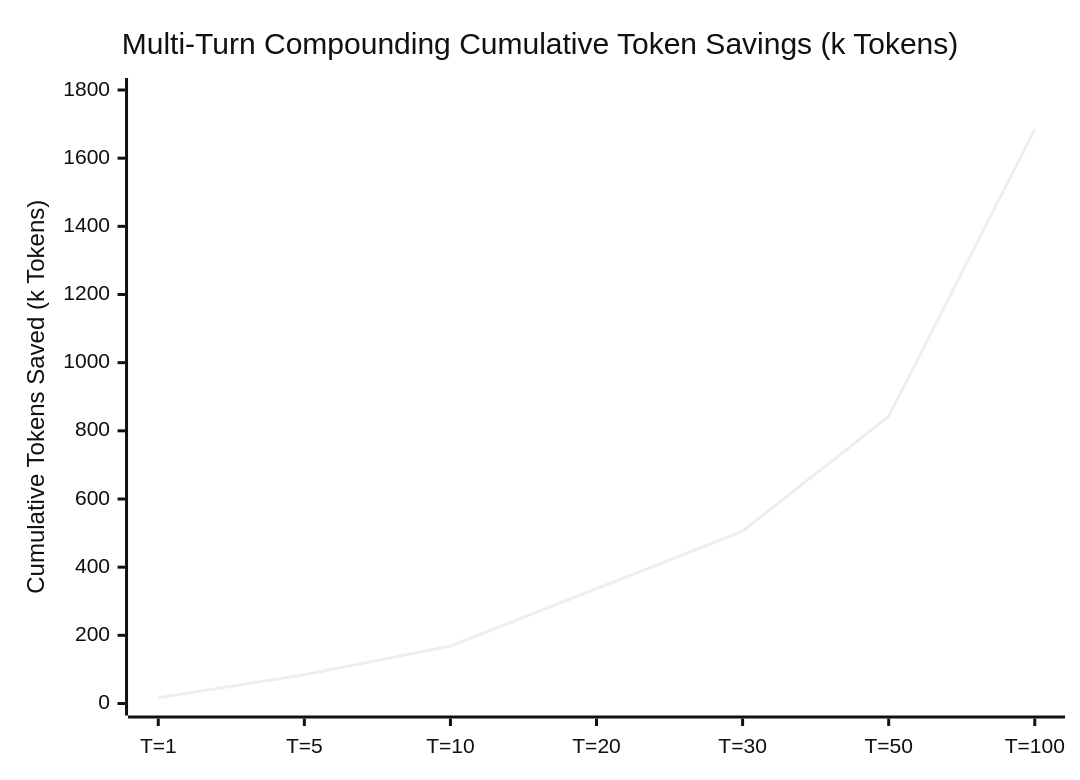
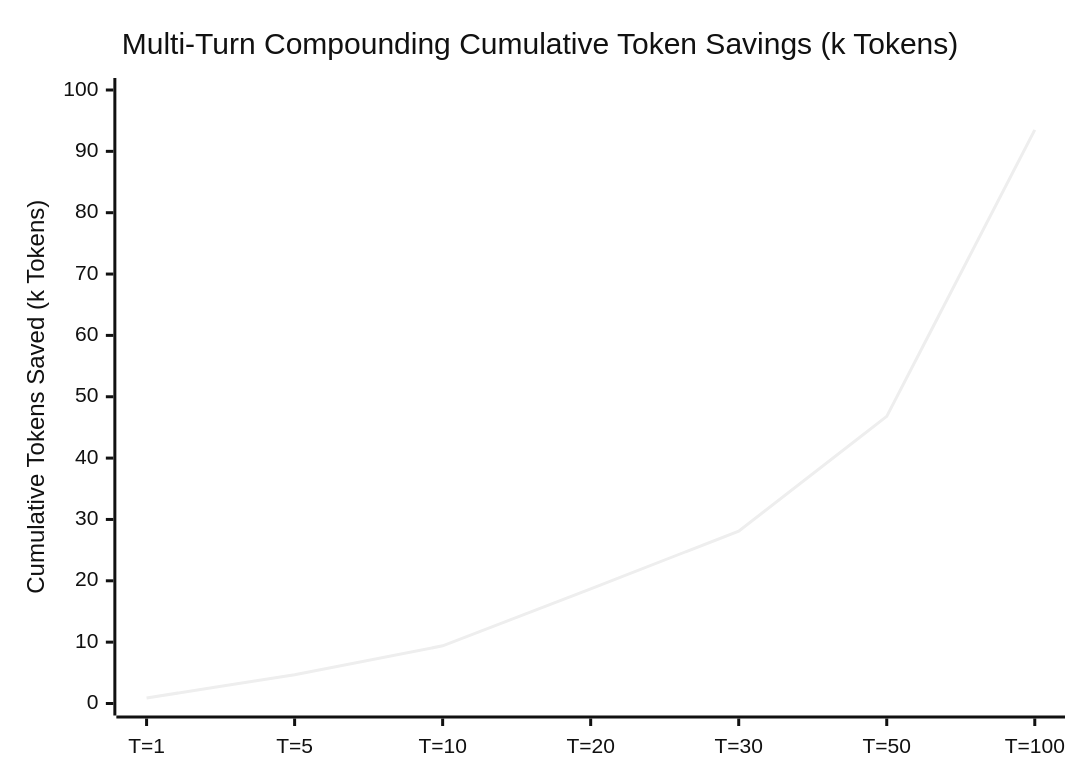
The third of 3 diagrams in docs/research/real-world-context-reduction-thesis.md (open-stl/openstellar-tool-search), drawn with Mermaid (neutral theme) before and after one commit. The commit also changed other lines of this file and 7 other files, not shown here.

````diff
--- a/docs/research/real-world-context-reduction-thesis.md
+++ b/docs/research/real-world-context-reduction-thesis.md
@@ -213,7 +221,7 @@
 ```mermaid
 xychart-beta
     title "Multi-Turn Compounding Cumulative Token Savings (k Tokens)"
     x-axis ["T=1", "T=5", "T=10", "T=20", "T=30", "T=50", "T=100"]
-    y-axis "Cumulative Tokens Saved (k Tokens)" 0 --> 1800
-    line [16.8, 84.2, 168.5, 337.0, 505.4, 842.4, 1684.8]
+    y-axis "Cumulative Tokens Saved (k Tokens)" 0 --> 100
+    line [0.9, 4.7, 9.4, 18.7, 28.1, 46.8, 93.5]
 ```
````
